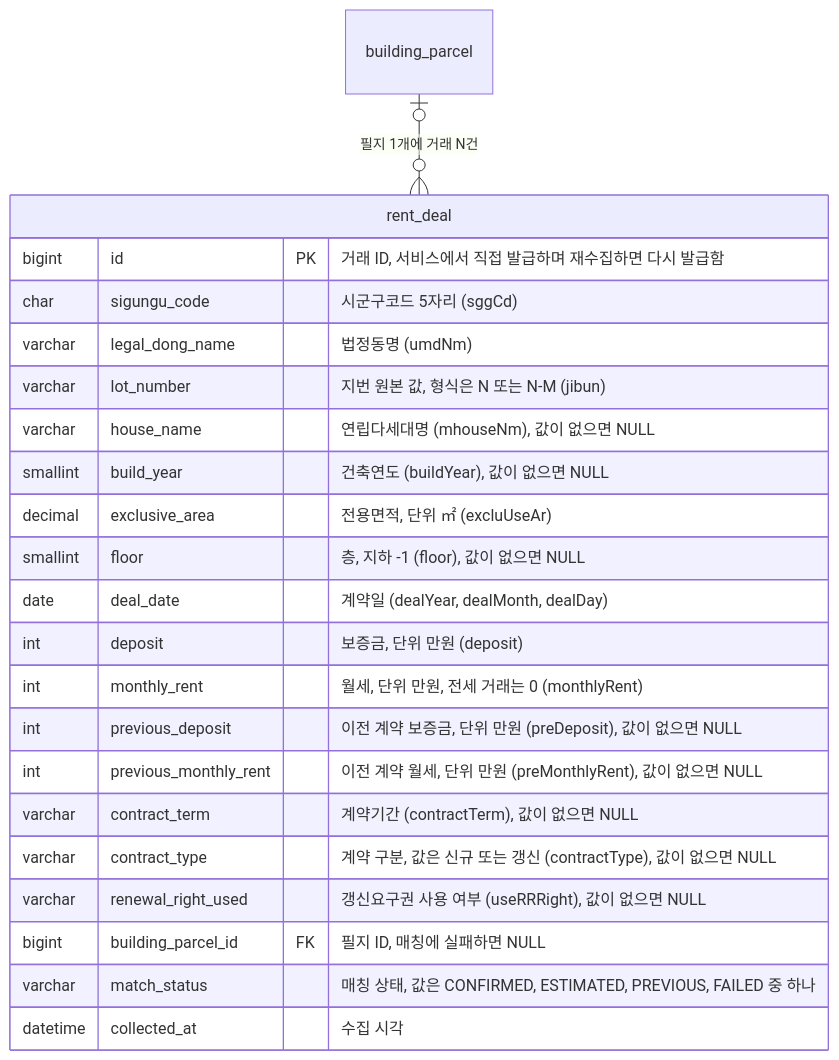
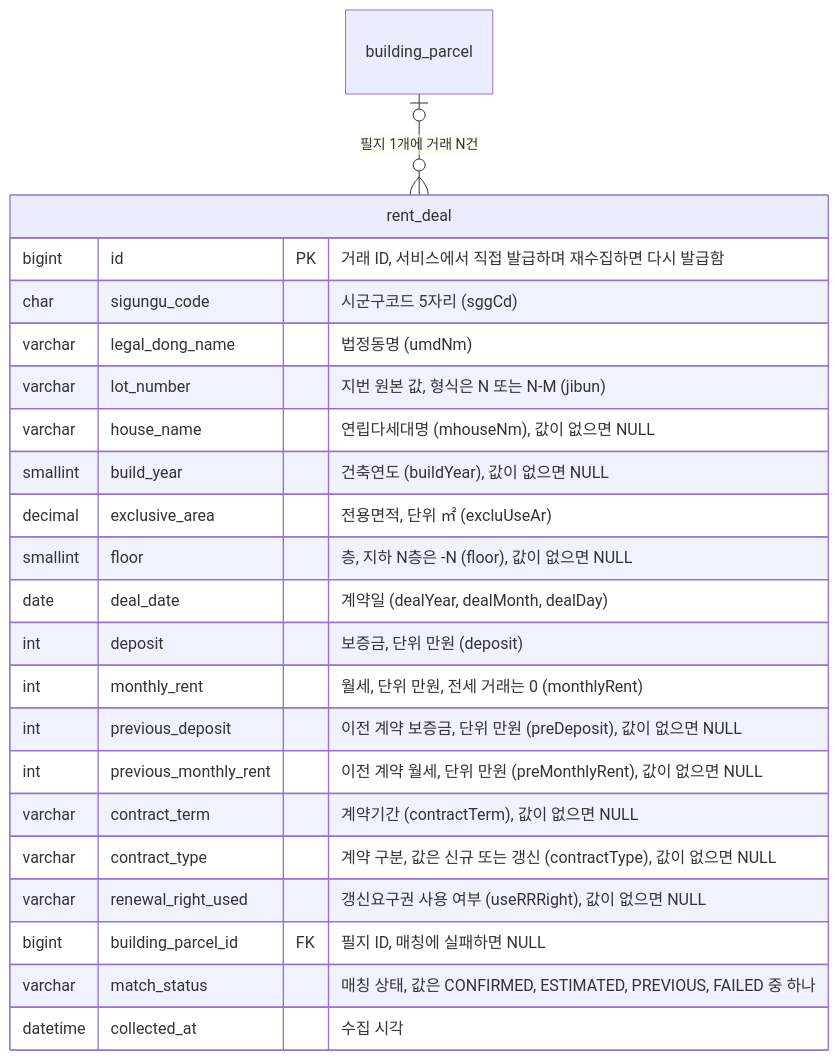
Before and after one commit to f-lab-edu/jipsee: the sixth of 8 diagrams in docs/erd.md, drawn with Mermaid. The commit also changed other lines of this file and 3 other files, not shown here.

````diff
--- a/docs/erd.md
+++ b/docs/erd.md
@@ -133,25 +133,25 @@
 ```mermaid
 erDiagram
     building_parcel |o--o{ rent_deal : "필지 1개에 거래 N건"
     rent_deal {
         bigint id PK "거래 ID, 서비스에서 직접 발급하며 재수집하면 다시 발급함"
         char sigungu_code "시군구코드 5자리 (sggCd)"
         varchar legal_dong_name "법정동명 (umdNm)"
         varchar lot_number "지번 원본 값, 형식은 N 또는 N-M (jibun)"
         varchar house_name "연립다세대명 (mhouseNm), 값이 없으면 NULL"
         smallint build_year "건축연도 (buildYear), 값이 없으면 NULL"
         decimal exclusive_area "전용면적, 단위 ㎡ (excluUseAr)"
-        smallint floor "층, 지하 -1 (floor), 값이 없으면 NULL"
+        smallint floor "층, 지하 N층은 -N (floor), 값이 없으면 NULL"
         date deal_date "계약일 (dealYear, dealMonth, dealDay)"
         int deposit "보증금, 단위 만원 (deposit)"
         int monthly_rent "월세, 단위 만원, 전세 거래는 0 (monthlyRent)"
         int previous_deposit "이전 계약 보증금, 단위 만원 (preDeposit), 값이 없으면 NULL"
         int previous_monthly_rent "이전 계약 월세, 단위 만원 (preMonthlyRent), 값이 없으면 NULL"
         varchar contract_term "계약기간 (contractTerm), 값이 없으면 NULL"
         varchar contract_type "계약 구분, 값은 신규 또는 갱신 (contractType), 값이 없으면 NULL"
         varchar renewal_right_used "갱신요구권 사용 여부 (useRRRight), 값이 없으면 NULL"
         bigint building_parcel_id FK "필지 ID, 매칭에 실패하면 NULL"
         varchar match_status "매칭 상태, 값은 CONFIRMED, ESTIMATED, PREVIOUS, FAILED 중 하나"
         datetime collected_at "수집 시각"
     }
 ```
````
